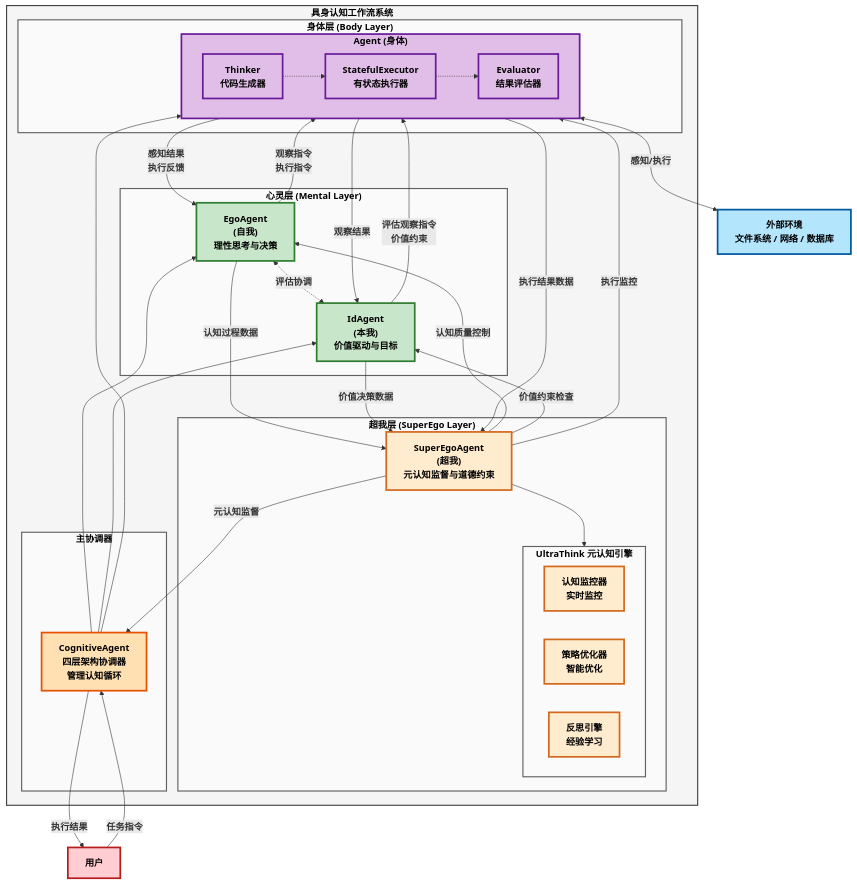
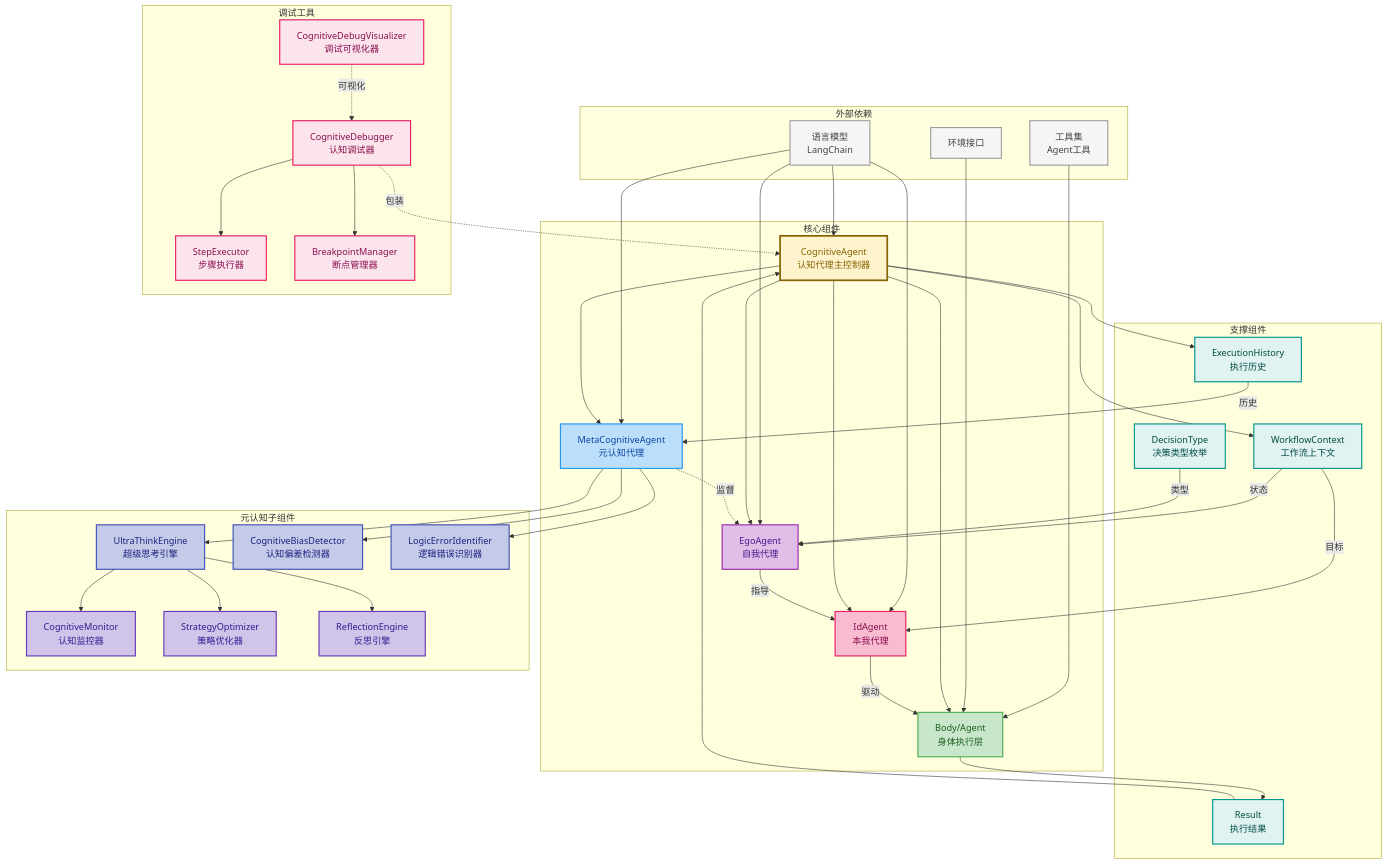
One commit to guci314/AgentFramework changed the fifth of 7 diagrams in embodied_cognitive_workflow/ai_docs/具身认知工作流技术实现架构文档.md. Above: the diagram before and after it, drawn with Mermaid. The commit also changed other lines of this file and 217 other files, not shown here.

````diff
--- a/embodied_cognitive_workflow/ai_docs/具身认知工作流技术实现架构文档.md
+++ b/embodied_cognitive_workflow/ai_docs/具身认知工作流技术实现架构文档.md
@@ -11,88 +554,110 @@
 ```mermaid
 graph TB
-    subgraph System["<b>具身认知工作流系统</b>"]
-        subgraph SuperEgoLayer["<b>超我层 (SuperEgo Layer)</b>"]
-            SuperEgoAgent["<b>SuperEgoAgent</b><br/>(超我)<br/>元认知监督与道德约束"]
-            subgraph UltraThink["<b>UltraThink 元认知引擎</b>"]
-                CognitiveMonitor["<b>认知监控器</b><br/>实时监控"]
-                StrategyOptimizer["<b>策略优化器</b><br/>智能优化"]
-                ReflectionEngine["<b>反思引擎</b><br/>经验学习"]
-            end
-            SuperEgoAgent --> UltraThink
-        end
-        
-        subgraph MentalLayer["<b>心灵层 (Mental Layer)</b>"]
-            EgoAgent["<b>EgoAgent</b><br/>(自我)<br/>理性思考与决策"]
-            IdAgent["<b>IdAgent</b><br/>(本我)<br/>价值驱动与目标"]
-            
-            EgoAgent <-.->|"<b>评估协调</b>"| IdAgent
-        end
-        
-        subgraph BodyLayer["<b>身体层 (Body Layer)</b>"]
-            subgraph Agent["<b>Agent (身体)</b>"]
-                Thinker["<b>Thinker</b><br/>代码生成器"]
-                Evaluator["<b>Evaluator</b><br/>结果评估器"]
-                StatefulExec["<b>StatefulExecutor</b><br/>有状态执行器"]
-                
-                Thinker -.-> StatefulExec
-                StatefulExec -.-> Evaluator
-            end
-        end
-        
-        subgraph Coordinator["<b>主协调器</b>"]
-            CognitiveAgent["<b>CognitiveAgent</b><br/>四层架构协调器<br/>管理认知循环"]
-        end
-        
-        %% 超我监督连接
-        SuperEgoAgent -->|"<b>元认知监督</b>"| CognitiveAgent
-        SuperEgoAgent -->|"<b>认知质量控制</b>"| EgoAgent
-        SuperEgoAgent -->|"<b>价值约束检查</b>"| IdAgent
-        SuperEgoAgent -->|"<b>执行监控</b>"| Agent
-        
-        %% 协调器连接
-        CognitiveAgent --> EgoAgent
-        CognitiveAgent --> IdAgent
-        CognitiveAgent --> Agent
-        
-        %% 心灵层到身体层
-        EgoAgent -->|"<b>观察指令<br/>执行指令</b>"| Agent
-        IdAgent -->|"<b>评估观察指令<br/>价值约束</b>"| Agent
-        
-        %% 身体层反馈
-        Agent -->|"<b>感知结果<br/>执行反馈</b>"| EgoAgent
-        Agent -->|"<b>观察结果</b>"| IdAgent
-        
-        %% 超我反馈回路
-        EgoAgent -->|"<b>认知过程数据</b>"| SuperEgoAgent
-        IdAgent -->|"<b>价值决策数据</b>"| SuperEgoAgent
-        Agent -->|"<b>执行结果数据</b>"| SuperEgoAgent
+    subgraph 外部依赖
+        LLM[语言模型<br/>LangChain]
+        Tools[工具集<br/>Agent工具]
+        Env[环境接口]
     end
     
-    %% 外部环境
-    Environment["<b>外部环境</b><br/>文件系统 / 网络 / 数据库"]
-    Agent <-->|"<b>感知/执行</b>"| Environment
+    subgraph 核心组件
+        CA[CognitiveAgent<br/>认知代理主控制器]
+        MCA[MetaCognitiveAgent<br/>元认知代理]
+        EA[EgoAgent<br/>自我代理]
+        IA[IdAgent<br/>本我代理]
+        BA[Body/Agent<br/>身体执行层]
+    end
     
-    %% 用户交互
-    User["<b>用户</b>"]
-    User -->|"<b>任务指令</b>"| CognitiveAgent
-    CognitiveAgent -->|"<b>执行结果</b>"| User
+    subgraph 支撑组件
+        WC[WorkflowContext<br/>工作流上下文]
+        EH[ExecutionHistory<br/>执行历史]
+        DT[DecisionType<br/>决策类型枚举]
+        Result[Result<br/>执行结果]
+    end
+    
+    subgraph 元认知子组件
+        UTE[UltraThinkEngine<br/>超级思考引擎]
+        CBD[CognitiveBiasDetector<br/>认知偏差检测器]
+        LEI[LogicErrorIdentifier<br/>逻辑错误识别器]
+        CM[CognitiveMonitor<br/>认知监控器]
+        SO[StrategyOptimizer<br/>策略优化器]
+        RE[ReflectionEngine<br/>反思引擎]
+    end
+    
+    subgraph 调试工具
+        CD[CognitiveDebugger<br/>认知调试器]
+        CDV[CognitiveDebugVisualizer<br/>调试可视化器]
+        SE[StepExecutor<br/>步骤执行器]
+        BM[BreakpointManager<br/>断点管理器]
+    end
+    
+    %% 外部依赖关系
+    LLM --> CA
+    LLM --> MCA
+    LLM --> EA
+    LLM --> IA
+    Tools --> BA
+    Env --> BA
+    
+    %% 核心组件关系
+    CA --> MCA
+    CA --> EA
+    CA --> IA
+    CA --> BA
+    CA --> WC
+    CA --> EH
+    
+    %% 认知层级关系
+    MCA -.->|监督| EA
+    EA -->|指导| IA
+    IA -->|驱动| BA
+    
+    %% 元认知内部关系
+    MCA --> UTE
+    MCA --> CBD
+    MCA --> LEI
+    UTE --> CM
+    UTE --> SO
+    UTE --> RE
+    
+    %% 支撑组件关系
+    WC -->|状态| EA
+    WC -->|目标| IA
+    EH -->|历史| MCA
+    DT -->|类型| EA
+    BA --> Result
+    Result --> CA
+    
+    %% 调试工具关系
+    CD -.->|包装| CA
+    CD --> SE
+    CD --> BM
+    CDV -.->|可视化| CD
     
     %% 样式定义
-    classDef superEgoStyle fill:#ffebcd,stroke:#d2691e,stroke-width:3px,color:#000000,font-weight:bold
-    classDef mentalStyle fill:#c8e6c9,stroke:#2e7d32,stroke-width:3px,color:#000000,font-weight:bold
-    classDef bodyStyle fill:#e1bee7,stroke:#6a1b9a,stroke-width:3px,color:#000000,font-weight:bold
-    classDef coordStyle fill:#ffe0b2,stroke:#e65100,stroke-width:3px,color:#000000,font-weight:bold
-    classDef envStyle fill:#b3e5fc,stroke:#01579b,stroke-width:3px,color:#000000,font-weight:bold
-    classDef userStyle fill:#ffcdd2,stroke:#b71c1c,stroke-width:3px,color:#000000,font-weight:bold
-    classDef systemStyle fill:#f5f5f5,stroke:#424242,stroke-width:2px,color:#000000,font-weight:bold
-    classDef layerStyle fill:#fafafa,stroke:#616161,stroke-width:2px,color:#000000,font-weight:bold
+    style CA fill:#fff3cd,stroke:#856404,stroke-width:3px,color:#856404
+    style MCA fill:#bbdefb,stroke:#2196f3,stroke-width:2px,color:#0d47a1
+    style EA fill:#e1bee7,stroke:#9c27b0,stroke-width:2px,color:#4a148c
+    style IA fill:#f8bbd0,stroke:#e91e63,stroke-width:2px,color:#880e4f
+    style BA fill:#c8e6c9,stroke:#4caf50,stroke-width:2px,color:#1b5e20
     
-    class SuperEgoAgent,CognitiveMonitor,StrategyOptimizer,ReflectionEngine superEgoStyle
-    class EgoAgent,IdAgent mentalStyle
-    class Agent,Thinker,Evaluator,StatefulExec bodyStyle
-    class CognitiveAgent coordStyle
-    class Environment envStyle
-    class User userStyle
-    class System systemStyle
-    class SuperEgoLayer,MentalLayer,BodyLayer,Coordinator,UltraThink layerStyle
+    style WC fill:#e0f2f1,stroke:#009688,stroke-width:2px,color:#004d40
+    style EH fill:#e0f2f1,stroke:#009688,stroke-width:2px,color:#004d40
+    style DT fill:#e0f2f1,stroke:#009688,stroke-width:2px,color:#004d40
+    style Result fill:#e0f2f1,stroke:#009688,stroke-width:2px,color:#004d40
+    
+    style UTE fill:#c5cae9,stroke:#3f51b5,stroke-width:2px,color:#1a237e
+    style CBD fill:#c5cae9,stroke:#3f51b5,stroke-width:2px,color:#1a237e
+    style LEI fill:#c5cae9,stroke:#3f51b5,stroke-width:2px,color:#1a237e
+    style CM fill:#d1c4e9,stroke:#673ab7,stroke-width:2px,color:#311b92
+    style SO fill:#d1c4e9,stroke:#673ab7,stroke-width:2px,color:#311b92
+    style RE fill:#d1c4e9,stroke:#673ab7,stroke-width:2px,color:#311b92
+    
+    style CD fill:#fce4ec,stroke:#e91e63,stroke-width:2px,color:#880e4f
+    style CDV fill:#fce4ec,stroke:#e91e63,stroke-width:2px,color:#880e4f
+    style SE fill:#fce4ec,stroke:#e91e63,stroke-width:2px,color:#880e4f
+    style BM fill:#fce4ec,stroke:#e91e63,stroke-width:2px,color:#880e4f
+    
+    style LLM fill:#f5f5f5,stroke:#9e9e9e,stroke-width:2px,color:#424242
+    style Tools fill:#f5f5f5,stroke:#9e9e9e,stroke-width:2px,color:#424242
+    style Env fill:#f5f5f5,stroke:#9e9e9e,stroke-width:2px,color:#424242
 ```
````
